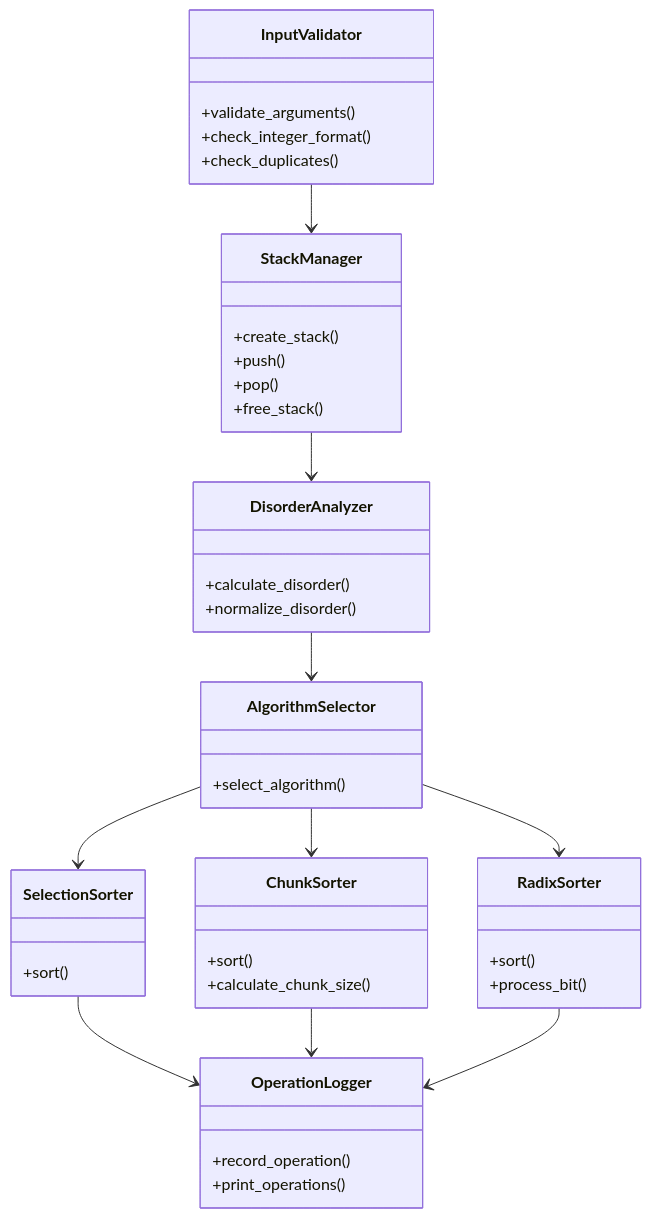
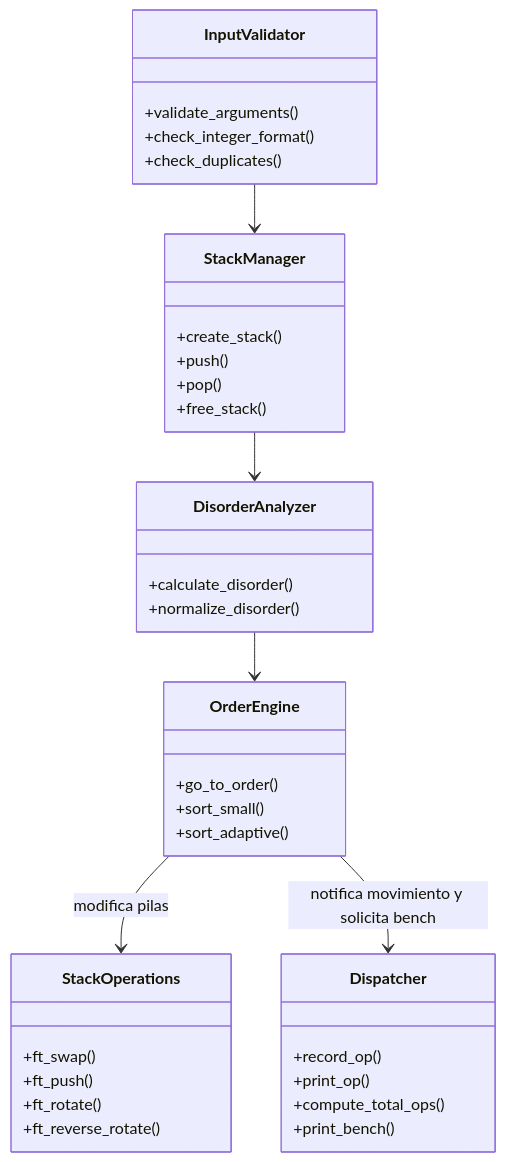
Before and after one commit to guizafj/Inicio_logico_C: the third of 5 diagrams in push_swap/diagramacion.md, drawn with Mermaid. The commit also changed other lines of this file and 8 other files, not shown here.

````diff
--- a/push_swap/diagramacion.md
+++ b/push_swap/diagramacion.md
@@ -218,53 +251,46 @@
 ```mermaid
 classDiagram
     class InputValidator {
         +validate_arguments()
         +check_integer_format()
         +check_duplicates()
     }
 
     class StackManager {
         +create_stack()
         +push()
         +pop()
         +free_stack()
     }
 
     class DisorderAnalyzer {
         +calculate_disorder()
         +normalize_disorder()
     }
 
-    class AlgorithmSelector {
-        +select_algorithm()
+    class OrderEngine {
+        +go_to_order()
+        +sort_small()
+        +sort_adaptive()
     }
 
-    class SelectionSorter {
-        +sort()
+    class StackOperations {
+        +ft_swap()
+        +ft_push()
+        +ft_rotate()
+        +ft_reverse_rotate()
     }
 
-    class ChunkSorter {
-        +sort()
-        +calculate_chunk_size()
-    }
-
-    class RadixSorter {
-        +sort()
-        +process_bit()
-    }
-
-    class OperationLogger {
-        +record_operation()
-        +print_operations()
+    class Dispatcher {
+        +record_op()
+        +print_op()
+        +compute_total_ops()
+        +print_bench()
     }
 
     InputValidator --> StackManager
     StackManager --> DisorderAnalyzer
-    DisorderAnalyzer --> AlgorithmSelector
-    AlgorithmSelector --> SelectionSorter
-    AlgorithmSelector --> ChunkSorter
-    AlgorithmSelector --> RadixSorter
-    SelectionSorter --> OperationLogger
-    ChunkSorter --> OperationLogger
-    RadixSorter --> OperationLogger
+    DisorderAnalyzer --> OrderEngine
+    OrderEngine --> StackOperations : modifica pilas
+    OrderEngine --> Dispatcher : notifica movimiento y solicita bench
 ```
````
